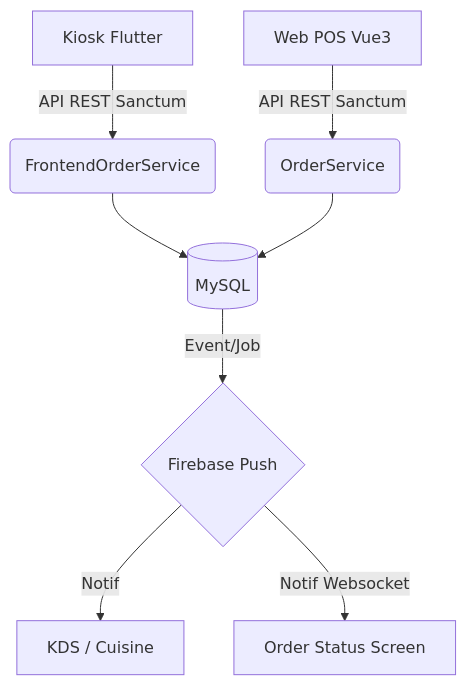
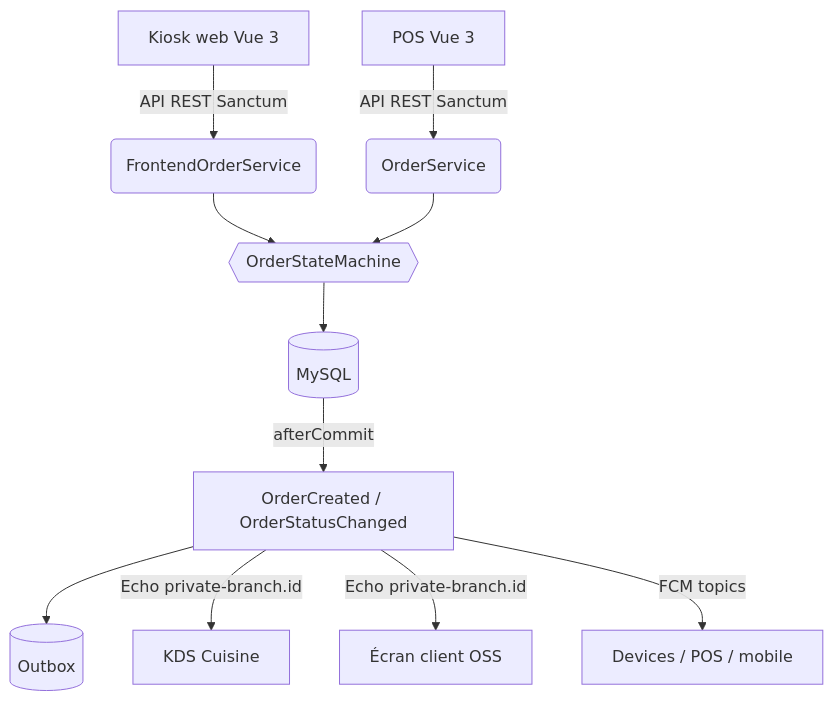
The diagram in docs/ARCHITECTURE.md (loeymot-sketch/testttt), drawn with Mermaid before and after one commit. The commit also changed other lines of this file and 13 other files, not shown here.

````diff
--- a/docs/ARCHITECTURE.md
+++ b/docs/ARCHITECTURE.md
@@ -35,10 +84,13 @@
 ```mermaid
 graph TD
-    A[Kiosk Flutter] -->|API REST Sanctum| B(FrontendOrderService)
-    C[Web POS Vue3] -->|API REST Sanctum| D(OrderService)
-    B --> E[(MySQL)]
-    D --> E
-    E -->|Event/Job| F{Firebase Push}
-    F -->|Notif| G[KDS / Cuisine]
-    F -->|Notif Websocket| H[Order Status Screen]
+    K[Kiosk web Vue 3] -->|API REST Sanctum| FOS(FrontendOrderService)
+    P[POS Vue 3] -->|API REST Sanctum| OS(OrderService)
+    FOS --> SM{{OrderStateMachine}}
+    OS --> SM
+    SM --> DB[(MySQL)]
+    DB -->|afterCommit| EV[OrderCreated / OrderStatusChanged]
+    EV --> OB[(Outbox)]
+    EV -->|Echo private-branch.id| KDS[KDS Cuisine]
+    EV -->|Echo private-branch.id| OSS[Écran client OSS]
+    EV -->|FCM topics| DEV[Devices / POS / mobile]
 ```
````
